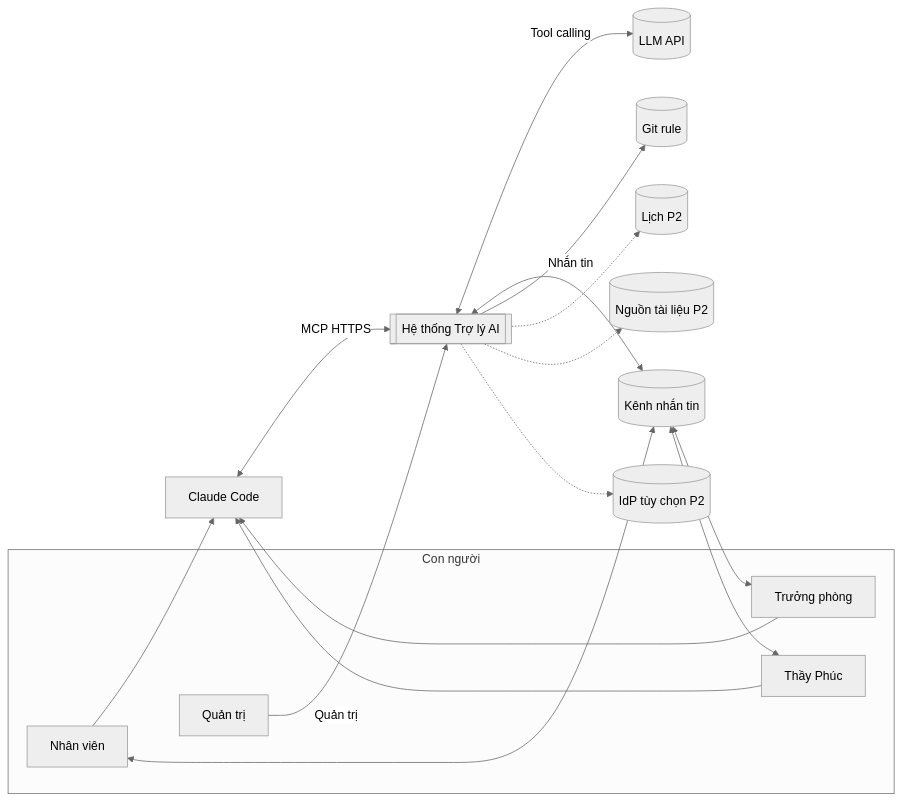
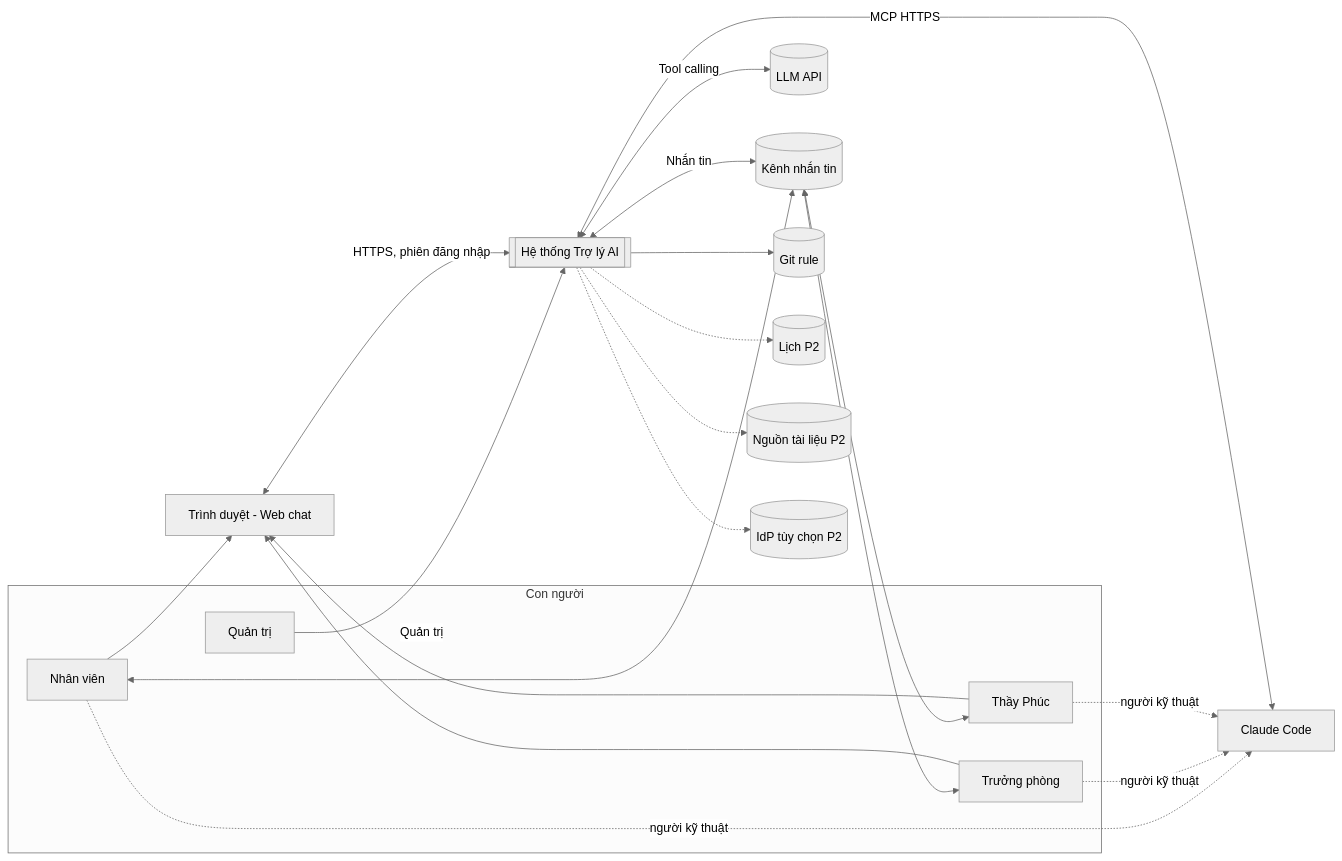
The first of 9 diagrams in docs/02-HLD.md (langtuananh2424/pdca-system), drawn with Mermaid (neutral theme) before and after one commit. The commit also changed other lines of this file and 4 other files, not shown here.

````diff
--- a/docs/02-HLD.md
+++ b/docs/02-HLD.md
@@ -43,28 +44,31 @@
 ```mermaid
 flowchart LR
     subgraph Con người
         S[Nhân viên]
         H[Trưởng phòng]
         D[Thầy Phúc]
         A[Quản trị]
     end
     SYS[[Hệ thống Trợ lý AI]]
+    WEB[Trình duyệt - Web chat]
     CC[Claude Code]
     LLM[(LLM API)]
     CH[(Kênh nhắn tin)]
     GIT[(Git rule)]
     CAL[(Lịch P2)]
     DOC[(Nguồn tài liệu P2)]
     IDP[(IdP tùy chọn P2)]
 
-    S & H & D --> CC
+    S & H & D --> WEB
+    S & H & D -.->|người kỹ thuật| CC
+    WEB <-->|HTTPS, phiên đăng nhập| SYS
     CC <-->|MCP HTTPS| SYS
     A -->|Quản trị| SYS
     SYS <-->|Tool calling| LLM
     SYS <-->|Nhắn tin| CH
     CH <--> S & H & D
     SYS --> GIT
     SYS -.-> CAL
     SYS -.-> DOC
     SYS -.-> IDP
 ```
````
